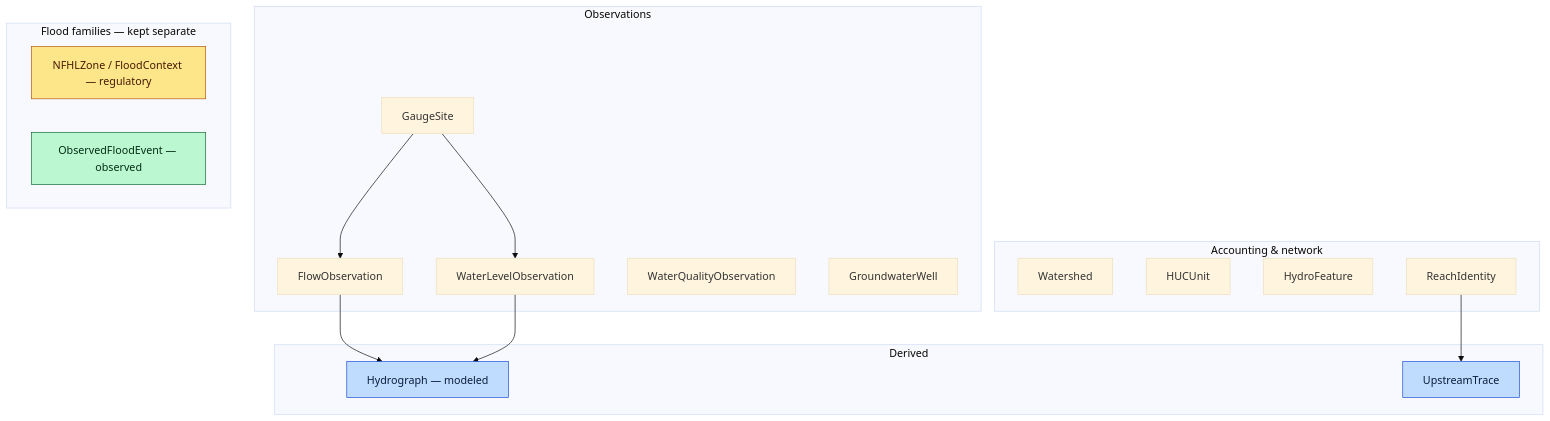
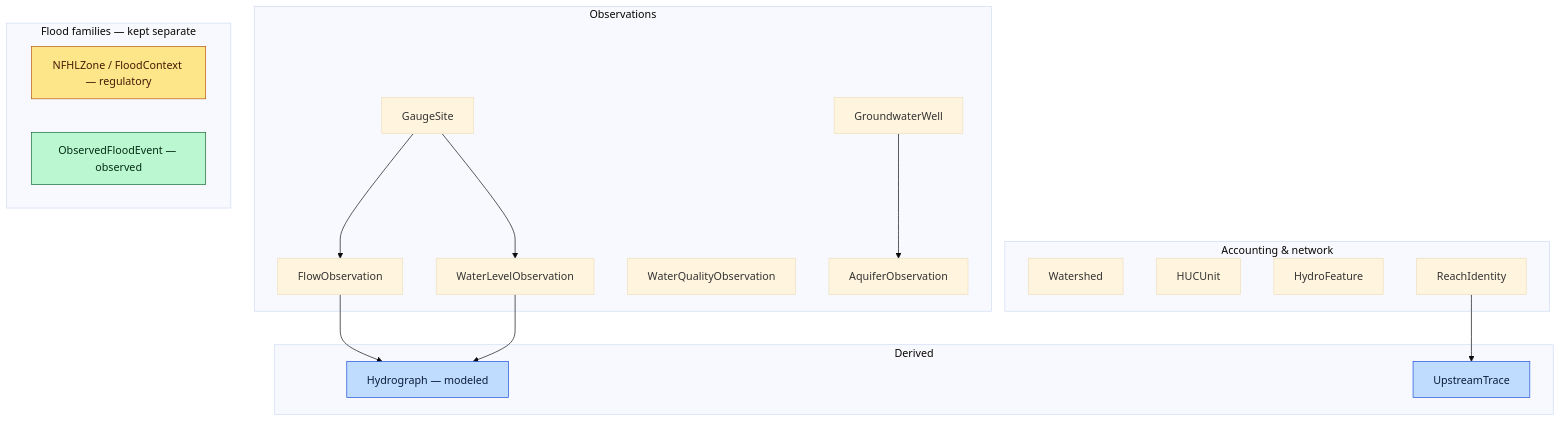
The diagram in docs/domains/hydrology/OBJECT_FAMILIES.md (bartytime4life/Kansas-Frontier-Matrix), drawn with Mermaid (base theme) before and after one commit. The commit also changed other lines of this file and 41 other files, not shown here.

````diff
--- a/docs/domains/hydrology/OBJECT_FAMILIES.md
+++ b/docs/domains/hydrology/OBJECT_FAMILIES.md
@@ -79,36 +84,38 @@
 ```mermaid
 flowchart TB
   subgraph ACC["Accounting & network"]
     W["Watershed"]
     H["HUCUnit"]
     HF["HydroFeature"]
     R["ReachIdentity"]
   end
   subgraph OBS["Observations"]
     G["GaugeSite"]
     FO["FlowObservation"]
     WL["WaterLevelObservation"]
     WQ["WaterQualityObservation"]
+    AO["AquiferObservation"]
     GW["GroundwaterWell"]
   end
   subgraph FLD["Flood families — kept separate"]
     NF["NFHLZone / FloodContext — regulatory"]
     OF["ObservedFloodEvent — observed"]
   end
   subgraph DER["Derived"]
     HG["Hydrograph — modeled"]
     UT["UpstreamTrace"]
   end
   G --> FO
   G --> WL
+  GW --> AO
   R --> UT
   FO --> HG
   WL --> HG
   classDef reg fill:#fde68a,stroke:#b45309,color:#451a03;
   classDef obsv fill:#bbf7d0,stroke:#166534,color:#052e16;
   classDef der fill:#bfdbfe,stroke:#1d4ed8,color:#0b1e3a;
   class NF reg
   class OF obsv
   class HG der
   class UT der
 ```
````
